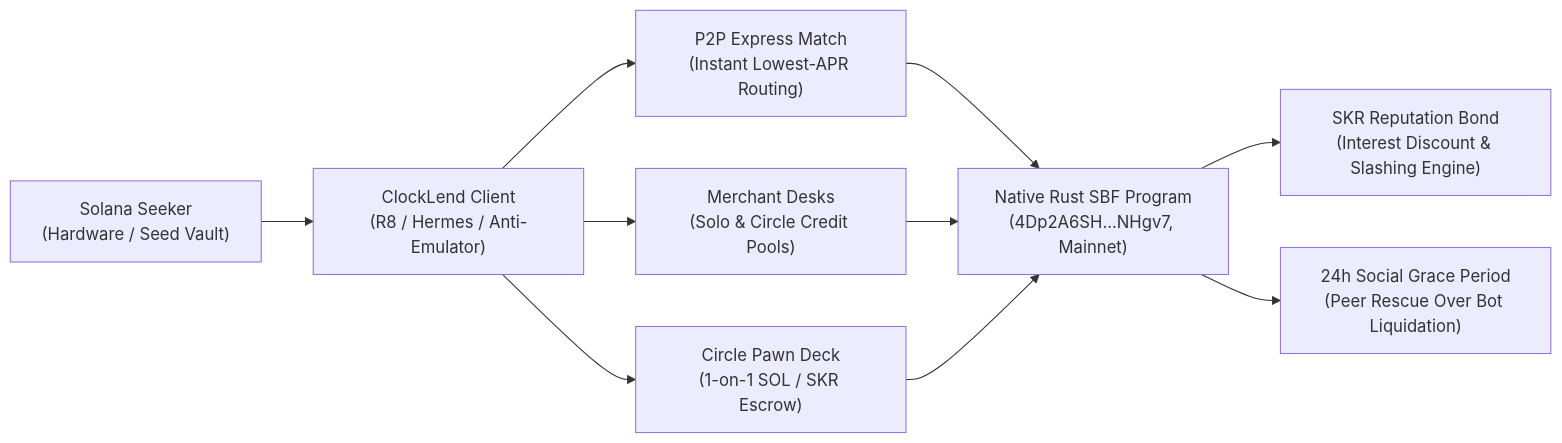
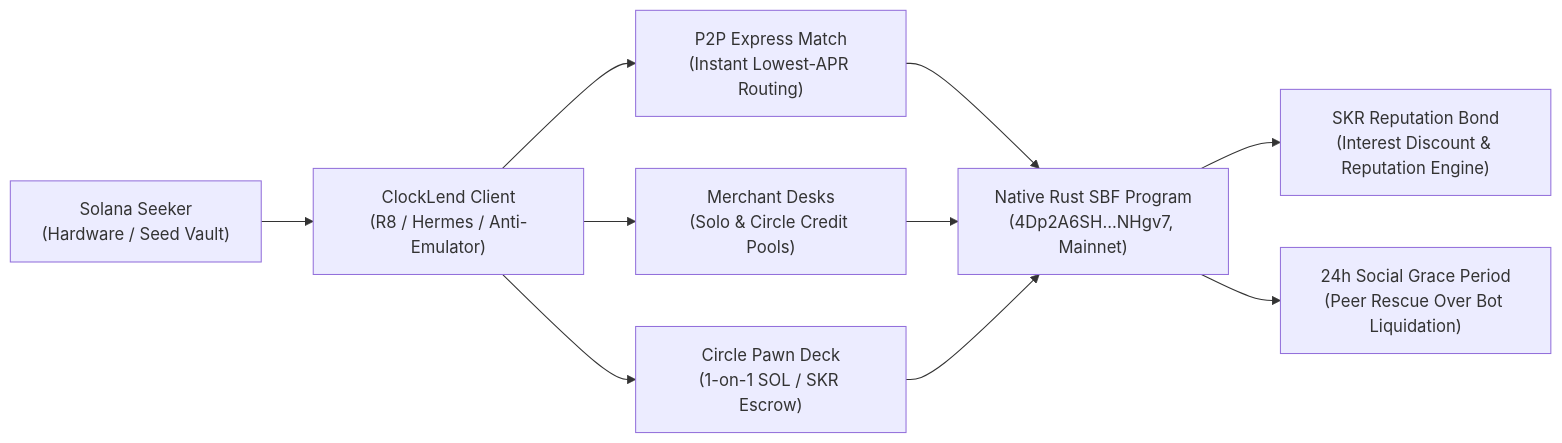
Before and after one commit to luckysitara/ClockLend: the first of 4 diagrams in README.md, drawn with Mermaid. The commit also changed other lines of this file and 1 other file, not shown here.

````diff
--- a/README.md
+++ b/README.md
@@ -159,10 +141,10 @@
 ```mermaid
 flowchart LR
     A["Solana Seeker<br>(Hardware / Seed Vault)"] --> B["ClockLend Client<br>(R8 / Hermes / Anti-Emulator)"]
     B --> C["P2P Express Match<br>(Instant Lowest-APR Routing)"]
     B --> D["Merchant Desks<br>(Solo & Circle Credit Pools)"]
     B --> E["Circle Pawn Deck<br>(1-on-1 SOL / SKR Escrow)"]
     C & D & E --> F["Native Rust SBF Program<br>(4Dp2A6SH...NHgv7, Mainnet)"]
-    F --> G["SKR Reputation Bond<br>(Interest Discount & Slashing Engine)"]
+    F --> G["SKR Reputation Bond<br>(Interest Discount & Reputation Engine)"]
     F --> H["24h Social Grace Period<br>(Peer Rescue Over Bot Liquidation)"]
 ```
````
